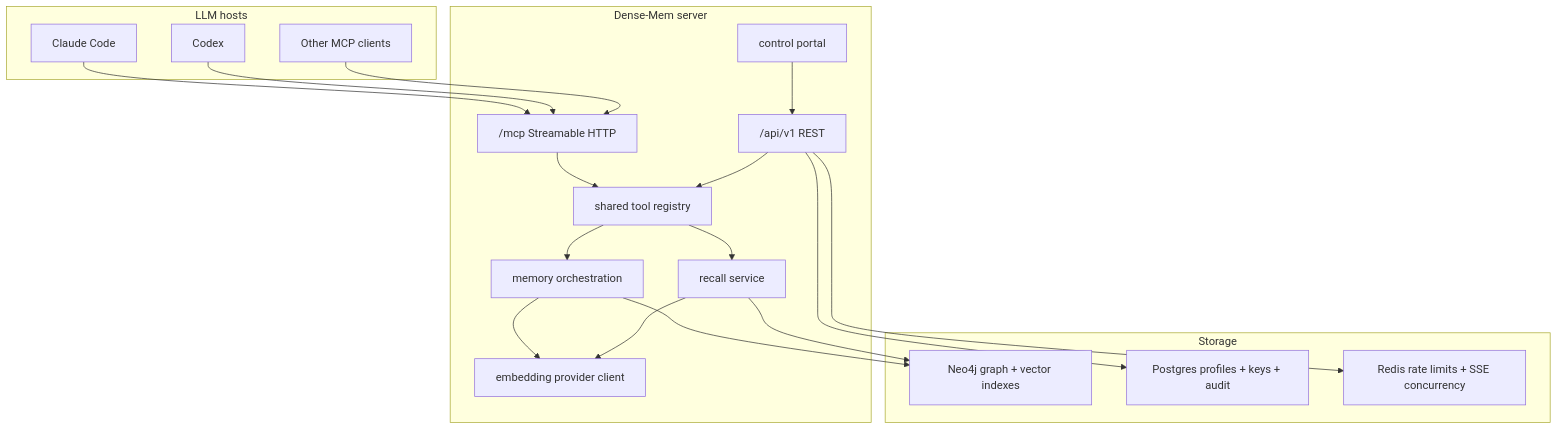
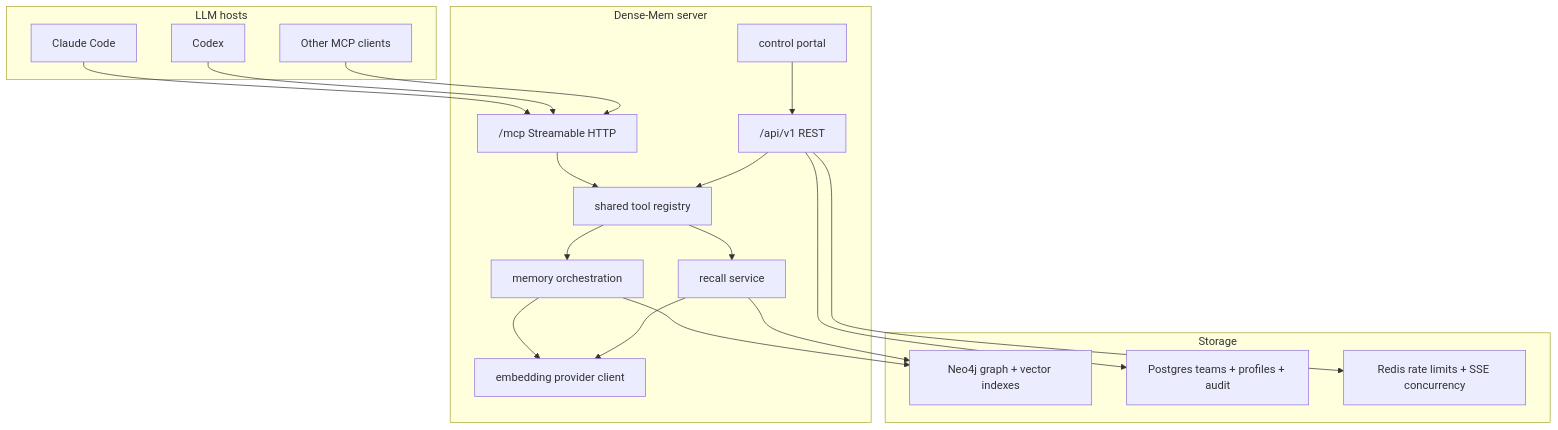
The first of 2 diagrams in README.md (markhuangai/dense-mem), drawn with Mermaid before and after one commit. The commit also changed other lines of this file and 138 other files, not shown here.

````diff
--- a/README.md
+++ b/README.md
@@ -30,39 +30,39 @@
 ```mermaid
 flowchart TB
     subgraph Hosts["LLM hosts"]
         Claude["Claude Code"]
         Codex["Codex"]
         Apps["Other MCP clients"]
     end
 
     subgraph DenseMem["Dense-Mem server"]
         MCP["/mcp Streamable HTTP"]
         REST["/api/v1 REST"]
         Portal["control portal"]
         Registry["shared tool registry"]
         Memory["memory orchestration"]
         Recall["recall service"]
         Embeds["embedding provider client"]
     end
 
     subgraph Storage["Storage"]
         Neo4j["Neo4j graph + vector indexes"]
-        Postgres["Postgres profiles + keys + audit"]
+        Postgres["Postgres teams + profiles + audit"]
         Redis["Redis rate limits + SSE concurrency"]
     end
 
     Claude --> MCP
     Codex --> MCP
     Apps --> MCP
     Portal --> REST
     MCP --> Registry
     REST --> Registry
     Registry --> Memory
     Registry --> Recall
     Memory --> Embeds
     Recall --> Embeds
     Memory --> Neo4j
     Recall --> Neo4j
     REST --> Postgres
     REST --> Redis
 ```
````
